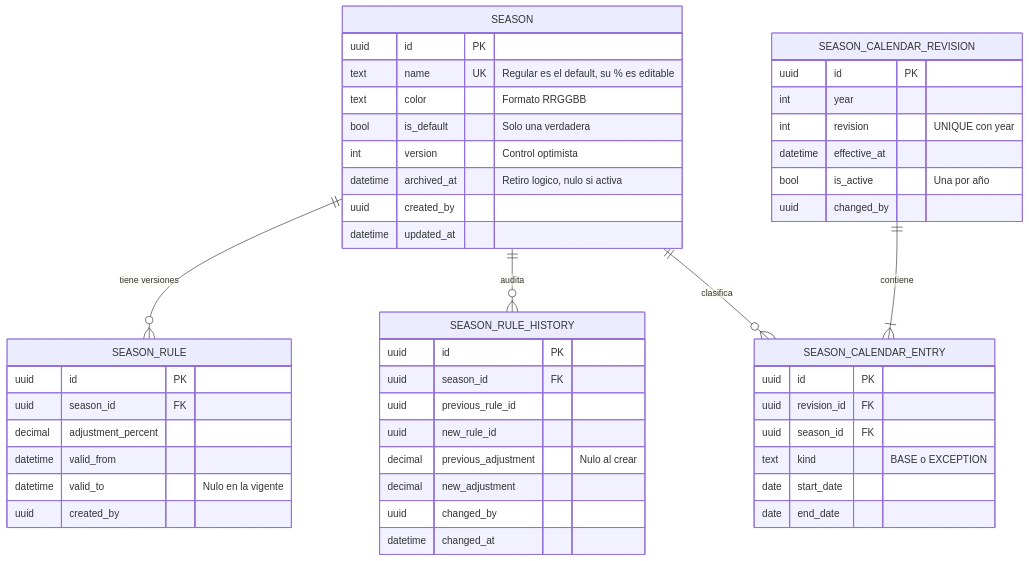
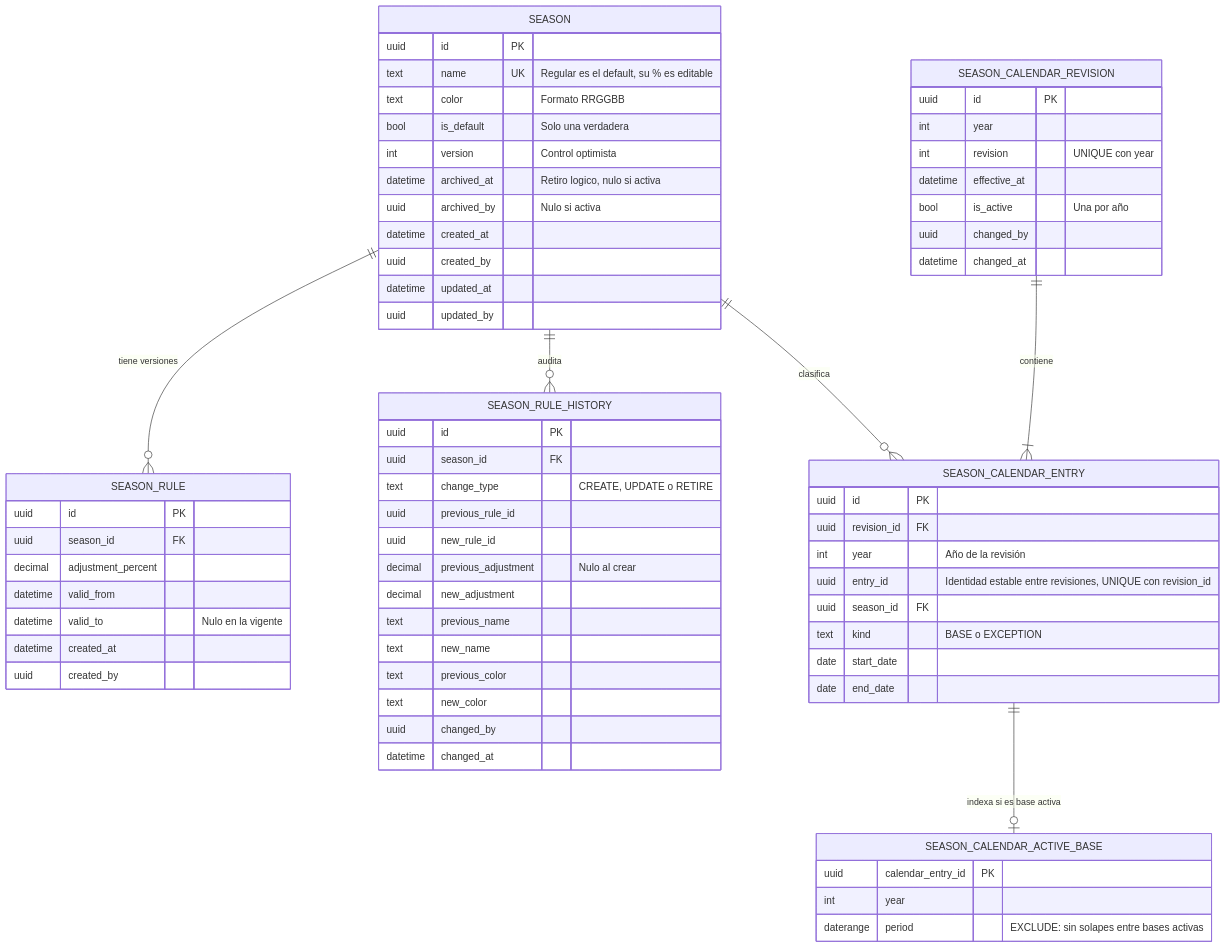
One commit to Proyect-Hospitua-Module-3/Hospitua-Module-3 changed the first of 4 diagrams in docs/plan-tecnico-base.md. Above: the diagram before and after it, drawn with Mermaid. The commit also changed other lines of this file, not shown here.

Commit message:
Se actualiza el plan técnico base según la implementación actual

````diff
--- a/docs/plan-tecnico-base.md
+++ b/docs/plan-tecnico-base.md
@@ -489,52 +491,70 @@
 ```mermaid
 erDiagram
     SEASON ||--o{ SEASON_RULE : "tiene versiones"
     SEASON ||--o{ SEASON_RULE_HISTORY : "audita"
     SEASON ||--o{ SEASON_CALENDAR_ENTRY : "clasifica"
     SEASON_CALENDAR_REVISION ||--|{ SEASON_CALENDAR_ENTRY : "contiene"
+    SEASON_CALENDAR_ENTRY ||--o| SEASON_CALENDAR_ACTIVE_BASE : "indexa si es base activa"
 
     SEASON {
         uuid id PK
         text name UK "Regular es el default, su % es editable"
         text color "Formato RRGGBB"
         bool is_default "Solo una verdadera"
         int version "Control optimista"
         datetime archived_at "Retiro logico, nulo si activa"
+        uuid archived_by "Nulo si activa"
+        datetime created_at
         uuid created_by
         datetime updated_at
+        uuid updated_by
     }
     SEASON_RULE {
         uuid id PK
         uuid season_id FK
         decimal adjustment_percent
         datetime valid_from
         datetime valid_to "Nulo en la vigente"
+        datetime created_at
         uuid created_by
     }
     SEASON_RULE_HISTORY {
         uuid id PK
         uuid season_id FK
+        text change_type "CREATE, UPDATE o RETIRE"
         uuid previous_rule_id
         uuid new_rule_id
         decimal previous_adjustment "Nulo al crear"
         decimal new_adjustment
+        text previous_name
+        text new_name
+        text previous_color
+        text new_color
         uuid changed_by
         datetime changed_at
     }
     SEASON_CALENDAR_REVISION {
         uuid id PK
         int year
         int revision "UNIQUE con year"
         datetime effective_at
         bool is_active "Una por año"
         uuid changed_by
+        datetime changed_at
     }
     SEASON_CALENDAR_ENTRY {
         uuid id PK
         uuid revision_id FK
+        int year "Año de la revisión"
+        uuid entry_id "Identidad estable entre revisiones, UNIQUE con revision_id"
         uuid season_id FK
         text kind "BASE o EXCEPTION"
         date start_date
         date end_date
     }
+    SEASON_CALENDAR_ACTIVE_BASE {
+        uuid calendar_entry_id PK
+        int year
+        daterange period "EXCLUDE: sin solapes entre bases activas"
+    }
 ```
````
